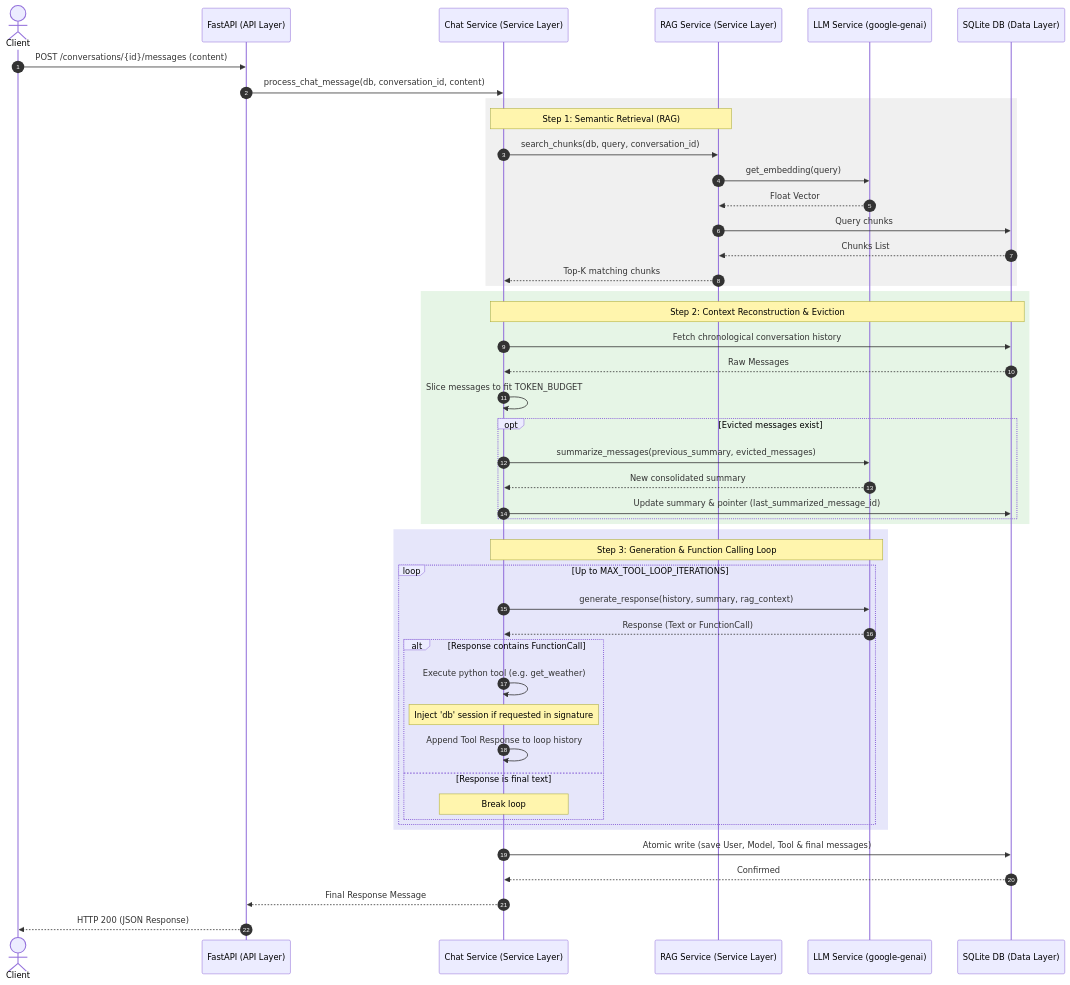
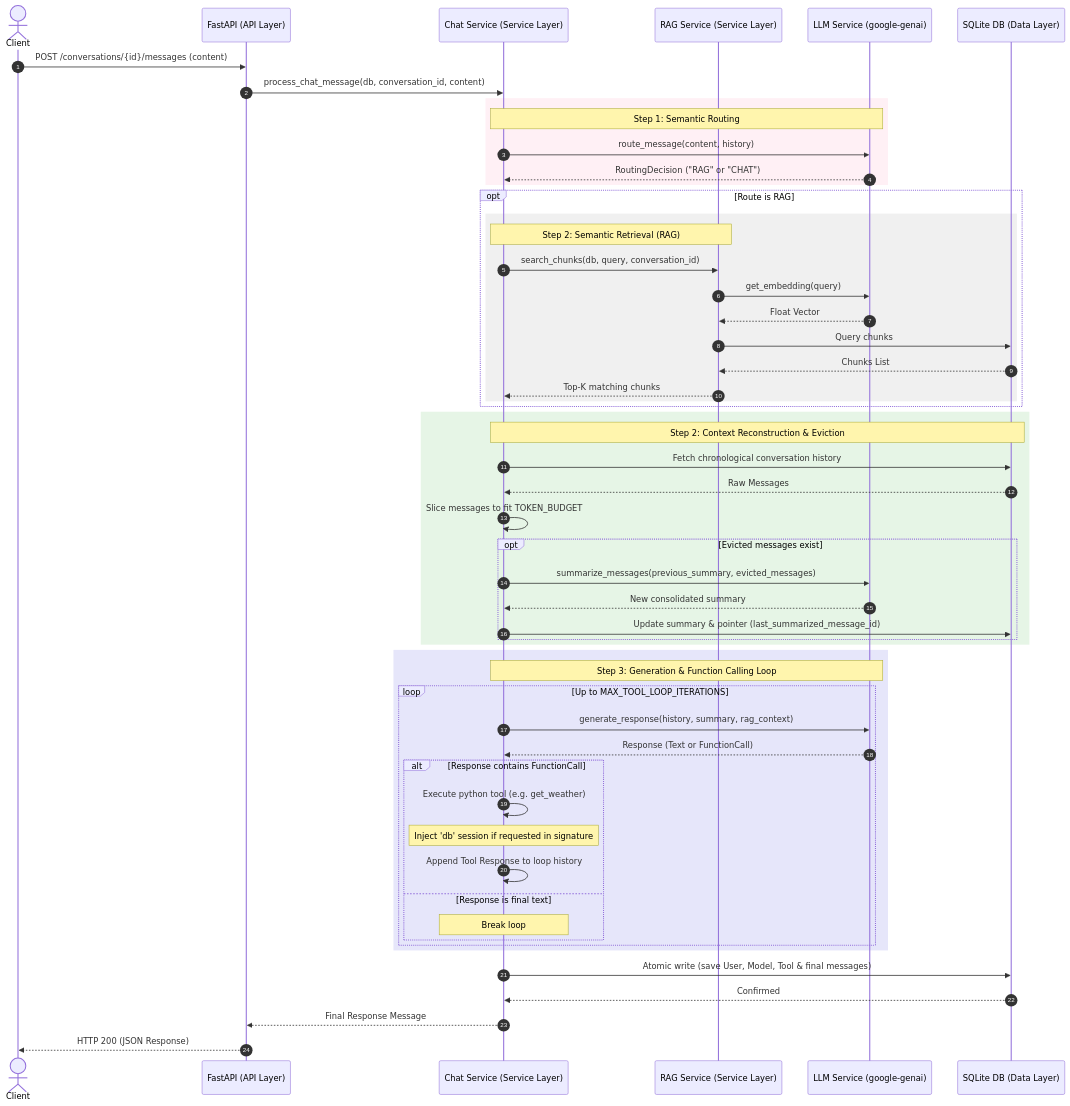
One commit to KaiserHMon/llm-runtime-playground changed the diagram in README.md. Above: the diagram before and after it, drawn with Mermaid. The commit also changed other lines of this file and 10 other files, not shown here.

Commit message:
feat(llm): implement semantic routing using structured outputs

````diff
--- a/README.md
+++ b/README.md
@@ -62,55 +66,64 @@
 ```mermaid
 sequenceDiagram
     autonumber
     actor Client
     participant API as FastAPI (API Layer)
     participant ChatService as Chat Service (Service Layer)
     participant RAG as RAG Service (Service Layer)
     participant LLM as LLM Service (google-genai)
     participant DB as SQLite DB (Data Layer)
 
     Client->>API: POST /conversations/{id}/messages (content)
     API->>ChatService: process_chat_message(db, conversation_id, content)
     
-    rect rgb(240, 240, 240)
-        Note over ChatService, RAG: Step 1: Semantic Retrieval (RAG)
-        ChatService->>RAG: search_chunks(db, query, conversation_id)
-        RAG->>LLM: get_embedding(query)
-        LLM-->>RAG: Float Vector
-        RAG->>DB: Query chunks
-        DB-->>RAG: Chunks List
-        RAG-->>ChatService: Top-K matching chunks
+    rect rgb(255, 240, 245)
+        Note over ChatService, LLM: Step 1: Semantic Routing
+        ChatService->>LLM: route_message(content, history)
+        LLM-->>ChatService: RoutingDecision ("RAG" or "CHAT")
     end
+    
+    opt Route is RAG
+        rect rgb(240, 240, 240)
+            Note over ChatService, RAG: Step 2: Semantic Retrieval (RAG)
+            ChatService->>RAG: search_chunks(db, query, conversation_id)
+            RAG->>LLM: get_embedding(query)
+            LLM-->>RAG: Float Vector
+            RAG->>DB: Query chunks
+            DB-->>RAG: Chunks List
+            RAG-->>ChatService: Top-K matching chunks
+        end
+    end
+
 
     rect rgb(230, 245, 230)
         Note over ChatService, DB: Step 2: Context Reconstruction & Eviction
         ChatService->>DB: Fetch chronological conversation history
         DB-->>ChatService: Raw Messages
         ChatService->>ChatService: Slice messages to fit TOKEN_BUDGET
         opt Evicted messages exist
             ChatService->>LLM: summarize_messages(previous_summary, evicted_messages)
             LLM-->>ChatService: New consolidated summary
             ChatService->>DB: Update summary & pointer (last_summarized_message_id)
         end
     end
 
     rect rgb(230, 230, 250)
         Note over ChatService, LLM: Step 3: Generation & Function Calling Loop
         loop Up to MAX_TOOL_LOOP_ITERATIONS
             ChatService->>LLM: generate_response(history, summary, rag_context)
             LLM-->>ChatService: Response (Text or FunctionCall)
             alt Response contains FunctionCall
                 ChatService->>ChatService: Execute python tool (e.g. get_weather)
                 Note over ChatService: Inject 'db' session if requested in signature
                 ChatService->>ChatService: Append Tool Response to loop history
             else Response is final text
                 Note over ChatService: Break loop
             end
         end
     end
 
     ChatService->>DB: Atomic write (save User, Model, Tool & final messages)
     DB-->>ChatService: Confirmed
     ChatService-->>API: Final Response Message
     API-->>Client: HTTP 200 (JSON Response)
 ```
````
